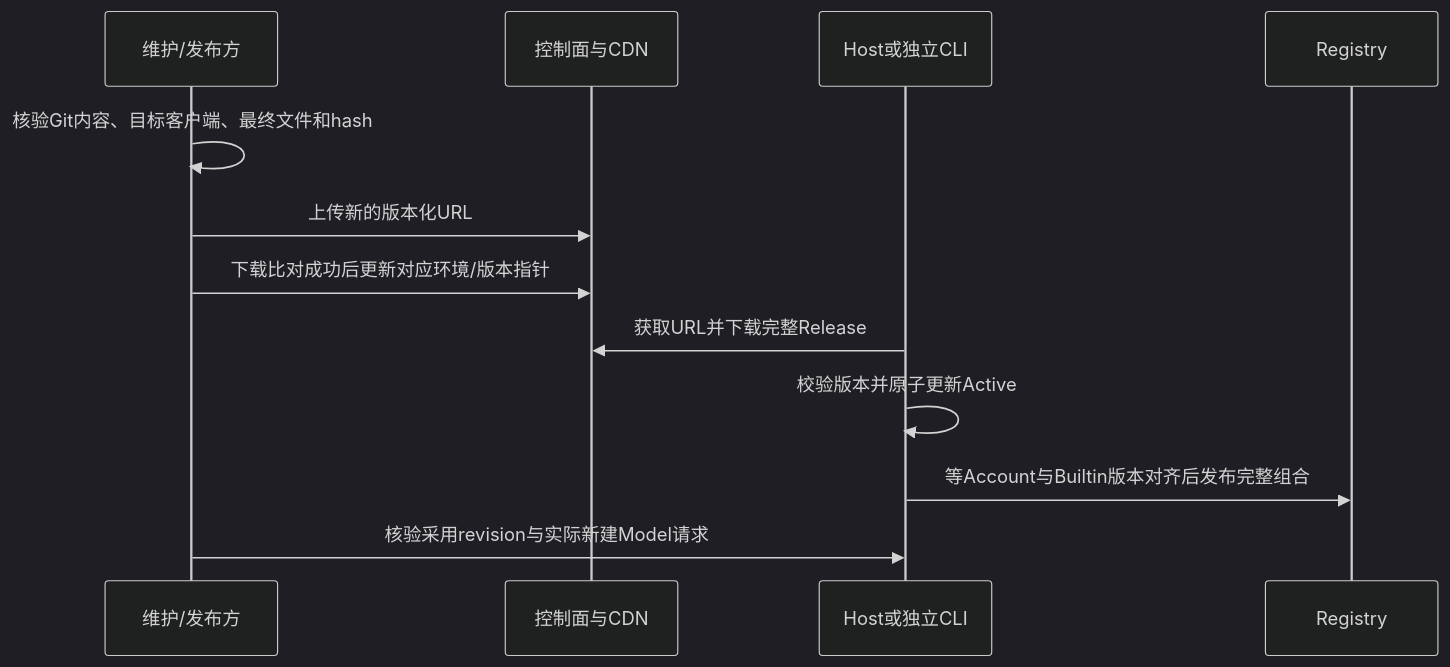
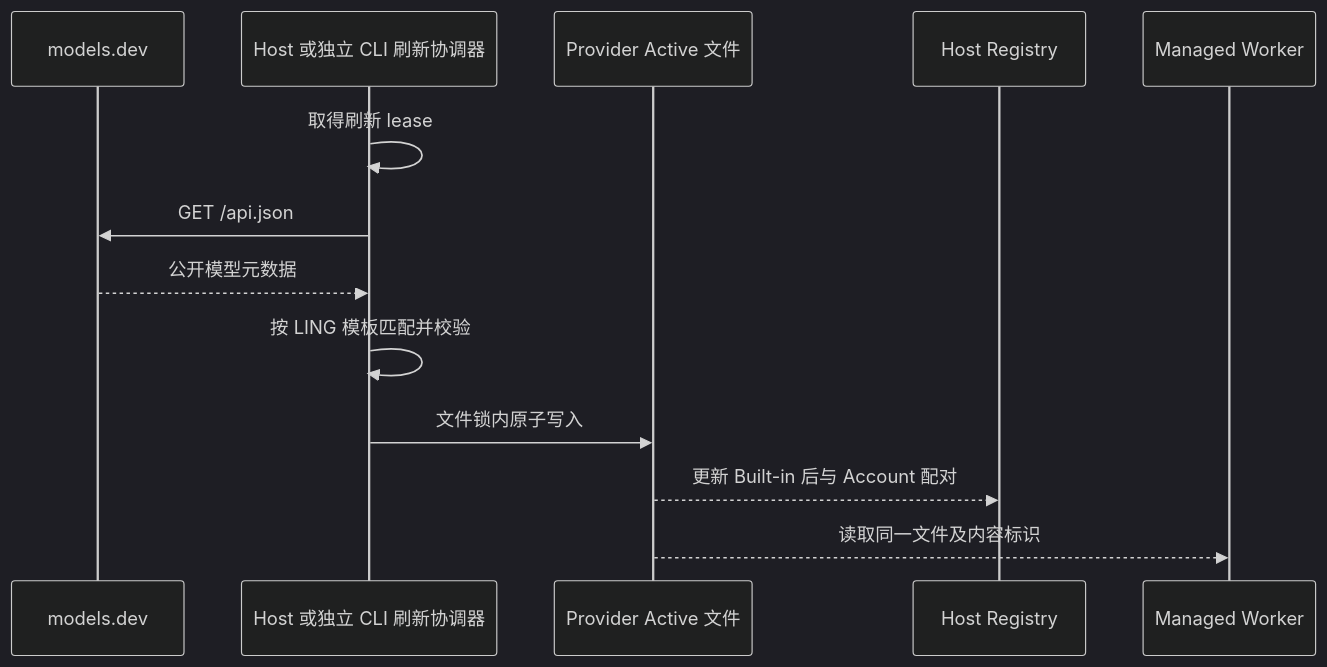
Before and after one commit to aqcool/ling-desktop: the diagram in docs/builtin-provider-maintenance/delivery.md, drawn with Mermaid (dark theme). The commit also changed other lines of this file and 40 other files, not shown here.

First line of the commit message:
fix(provider): use models.dev and Codex account catalogs

````diff
--- a/docs/builtin-provider-maintenance/delivery.md
+++ b/docs/builtin-provider-maintenance/delivery.md
@@ -47,14 +29,15 @@
 ```mermaid
 sequenceDiagram
-    participant M as 维护/发布方
-    participant C as 控制面与CDN
-    participant H as Host或独立CLI
-    participant R as Registry
-    M->>M: 核验Git内容、目标客户端、最终文件和hash
-    M->>C: 上传新的版本化URL
-    M->>C: 下载比对成功后更新对应环境/版本指针
-    H->>C: 获取URL并下载完整Release
-    H->>H: 校验版本并原子更新Active
-    H->>R: 等Account与Builtin版本对齐后发布完整组合
-    M->>H: 核验采用revision与实际新建Model请求
+    participant M as models.dev
+    participant S as Host 或独立 CLI 刷新协调器
+    participant A as Provider Active 文件
+    participant H as Host Registry
+    participant W as Managed Worker
+    S->>S: 取得刷新 lease
+    S->>M: GET /api.json
+    M-->>S: 公开模型元数据
+    S->>S: 按 LING 模板匹配并校验
+    S->>A: 文件锁内原子写入
+    A-->>H: 更新 Built-in 后与 Account 配对
+    A-->>W: 读取同一文件及内容标识
 ```
````
